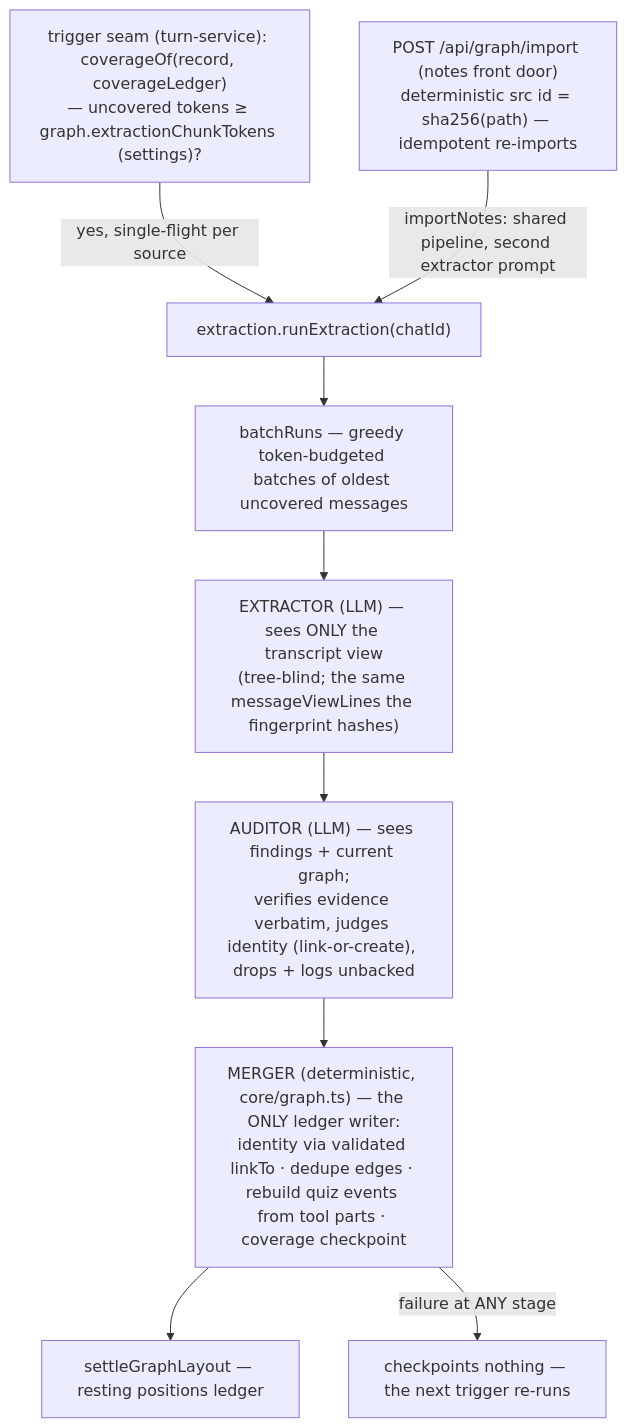
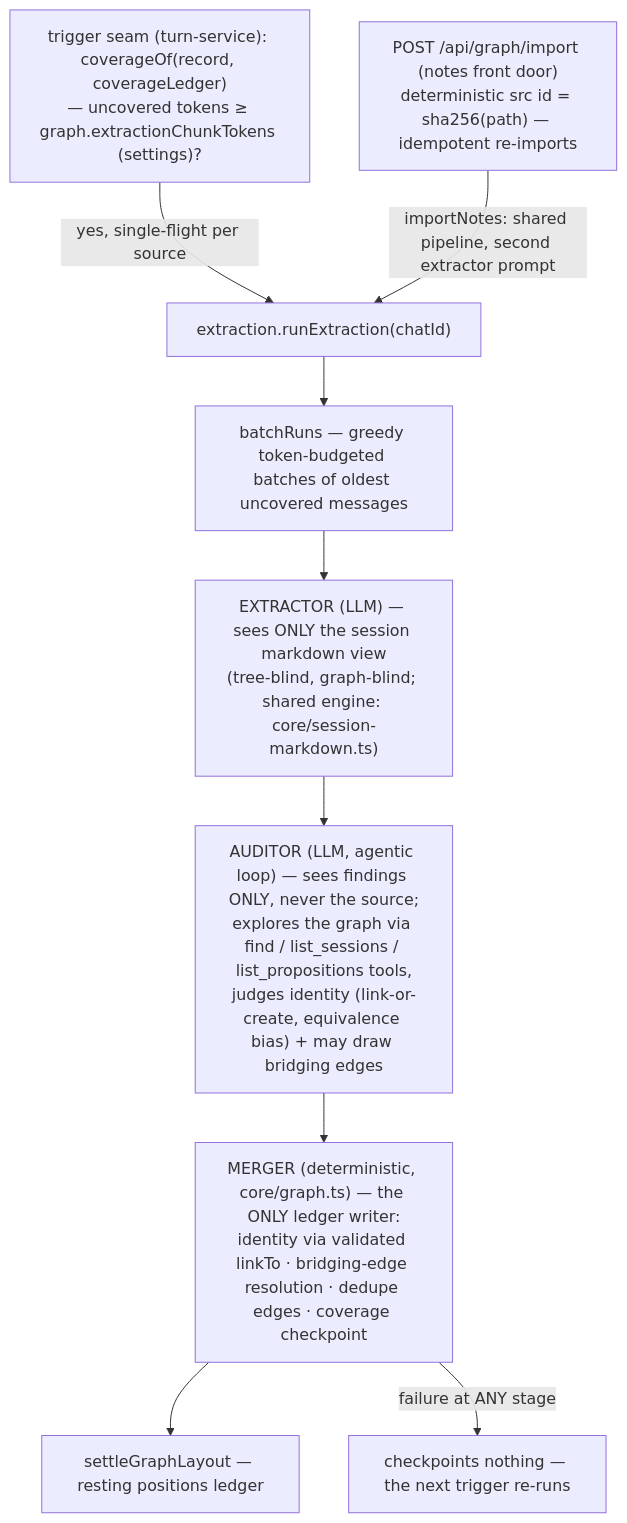
Before and after one commit to 0xCUB3/learnharness: the sixth of 7 diagrams in docs/architecture.md, drawn with Mermaid. The commit also changed other lines of this file and 21 other files, not shown here.

First line of the commit message:
extraction cleanup: events ledger dies, markdown source view, auditor-as-linker (2026-09-27 rulings)

````diff
--- a/docs/architecture.md
+++ b/docs/architecture.md
@@ -329,11 +329,11 @@
 ```mermaid
 flowchart TB
     TRIG["trigger seam (turn-service): coverageOf(record, coverageLedger)<br/>— uncovered tokens ≥ graph.extractionChunkTokens (settings)?"] -->|"yes, single-flight per source"| RUN["extraction.runExtraction(chatId)"]
     IMPORT["POST /api/graph/import (notes front door)<br/>deterministic src id = sha256(path) — idempotent re-imports"] -->|"importNotes: shared pipeline, second extractor prompt"| RUN
     RUN --> BATCH["batchRuns — greedy token-budgeted batches of oldest uncovered messages"]
-    BATCH --> EXT["EXTRACTOR (LLM) — sees ONLY the transcript view<br/>(tree-blind; the same messageViewLines the fingerprint hashes)"]
-    EXT --> AUD["AUDITOR (LLM) — sees findings + current graph;<br/>verifies evidence verbatim, judges identity (link-or-create), drops + logs unbacked"]
-    AUD --> MERGE["MERGER (deterministic, core/graph.ts) — the ONLY ledger writer:<br/>identity via validated linkTo · dedupe edges · rebuild quiz events from tool parts · coverage checkpoint"]
+    BATCH --> EXT["EXTRACTOR (LLM) — sees ONLY the session markdown view<br/>(tree-blind, graph-blind; shared engine: core/session-markdown.ts)"]
+    EXT --> AUD["AUDITOR (LLM, agentic loop) — sees findings ONLY, never the source;<br/>explores the graph via find / list_sessions / list_propositions tools,<br/>judges identity (link-or-create, equivalence bias) + may draw bridging edges"]
+    AUD --> MERGE["MERGER (deterministic, core/graph.ts) — the ONLY ledger writer:<br/>identity via validated linkTo · bridging-edge resolution · dedupe edges · coverage checkpoint"]
     MERGE --> SETTLE["settleGraphLayout — resting positions ledger"]
     MERGE -->|"failure at ANY stage"| NOTHING["checkpoints nothing — the next trigger re-runs"]
 ```
````
